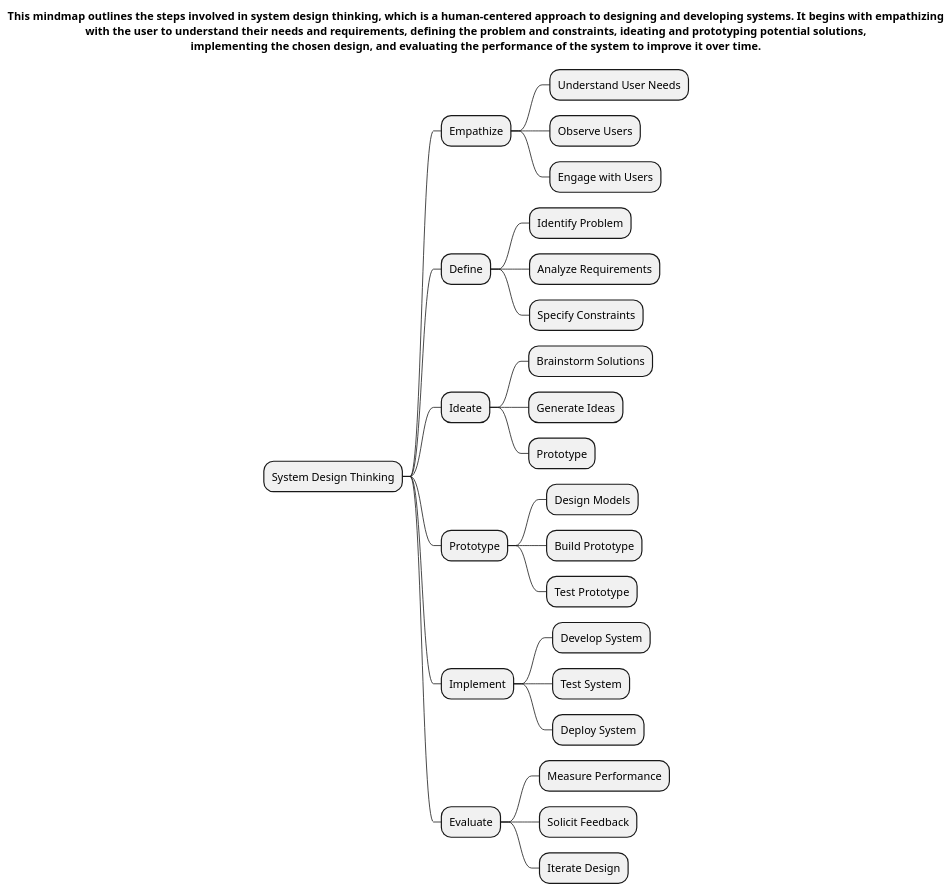
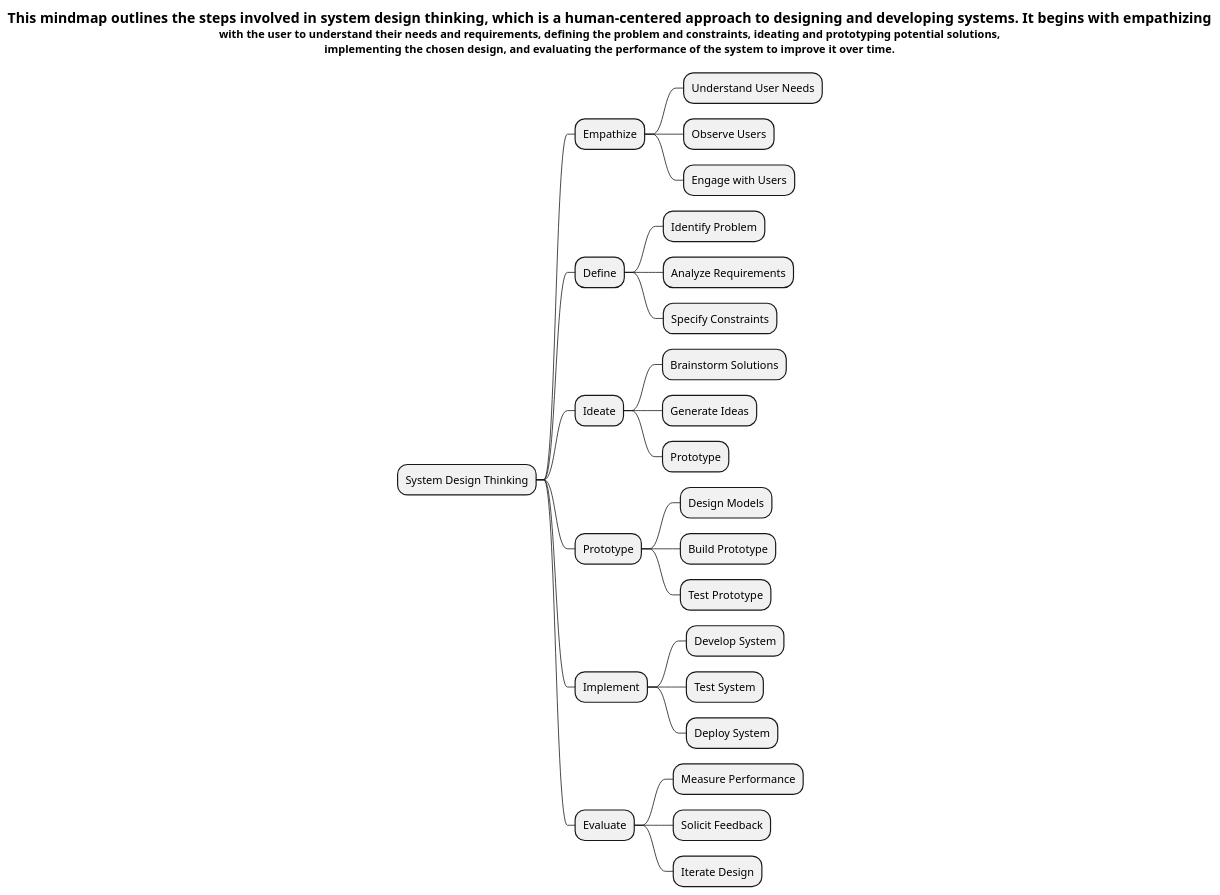
One commit to MehmoodHashmi/Documentation-as-Code-DaC changed the diagram in docs/Requirement-Engineering/system-design-thinking.puml. Above: the diagram before and after it, drawn with PlantUML. The commit also changed 32 other files, not shown here.

Commit message:
add new mindmaps and fixed 5-W and 2H mindmap added little fix also added open-ended questions

```diff
--- a/docs/Requirement-Engineering/system-design-thinking.puml
+++ b/docs/Requirement-Engineering/system-design-thinking.puml
@@ -2,33 +2,30 @@
 @startmindmap
-title This mindmap outlines the steps involved in system design thinking, which is a human-centered approach to designing and developing systems. It begins with empathizing\n with the user to understand their needs and requirements, defining the problem and constraints, ideating and prototyping potential solutions, \nimplementing the chosen design, and evaluating the performance of the system to improve it over time.
-
-
-
+title =This mindmap outlines the steps involved in system design thinking, which is a human-centered approach to designing and developing systems. It begins with empathizing\n with the user to understand their needs and requirements, defining the problem and constraints, ideating and prototyping potential solutions, \nimplementing the chosen design, and evaluating the performance of the system to improve it over time.
 
 
 * System Design Thinking
 ** Empathize
 *** Understand User Needs
 *** Observe Users
 *** Engage with Users
 ** Define
 *** Identify Problem
 *** Analyze Requirements
 *** Specify Constraints
 ** Ideate
 *** Brainstorm Solutions
 *** Generate Ideas
 *** Prototype
 ** Prototype
 *** Design Models
 *** Build Prototype
 *** Test Prototype
 ** Implement
 *** Develop System
 *** Test System
 *** Deploy System
 ** Evaluate
 *** Measure Performance
 *** Solicit Feedback
 *** Iterate Design
 @endmindmap
```
